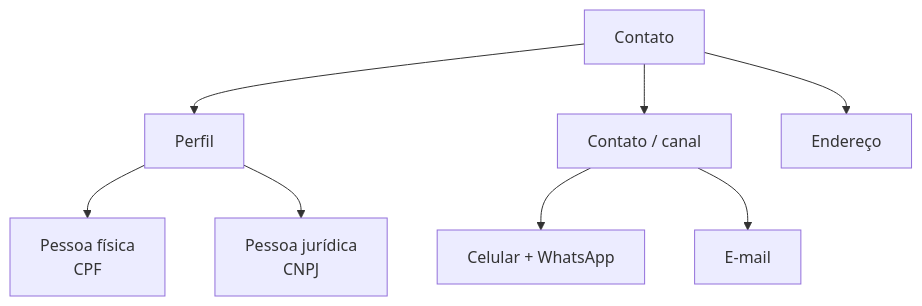
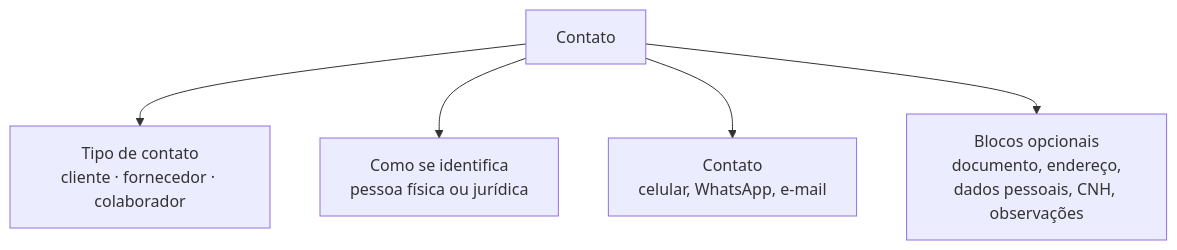
Before and after one commit to LocFlowTeam/locflow-docs: the first of 2 diagrams in cadastros/contatos.md, drawn with Mermaid. The commit also changed other lines of this file and 18 other files, not shown here.

````diff
--- a/cadastros/contatos.md
+++ b/cadastros/contatos.md
@@ -18,10 +18,7 @@
 ```mermaid
 flowchart TD
-    C[Contato] --> P[Perfil]
-    C --> K[Contato / canal]
-    C --> E[Endereço]
-    P --> PF[Pessoa física<br/>CPF]
-    P --> PJ[Pessoa jurídica<br/>CNPJ]
-    K --> CEL[Celular + WhatsApp]
-    K --> EM[E-mail]
+    C[Contato] --> T[Tipo de contato<br/>cliente · fornecedor · colaborador]
+    C --> P[Como se identifica<br/>pessoa física ou jurídica]
+    C --> K[Contato<br/>celular, WhatsApp, e-mail]
+    C --> O[Blocos opcionais<br/>documento, endereço,<br/>dados pessoais, CNH, observações]
 ```
````
